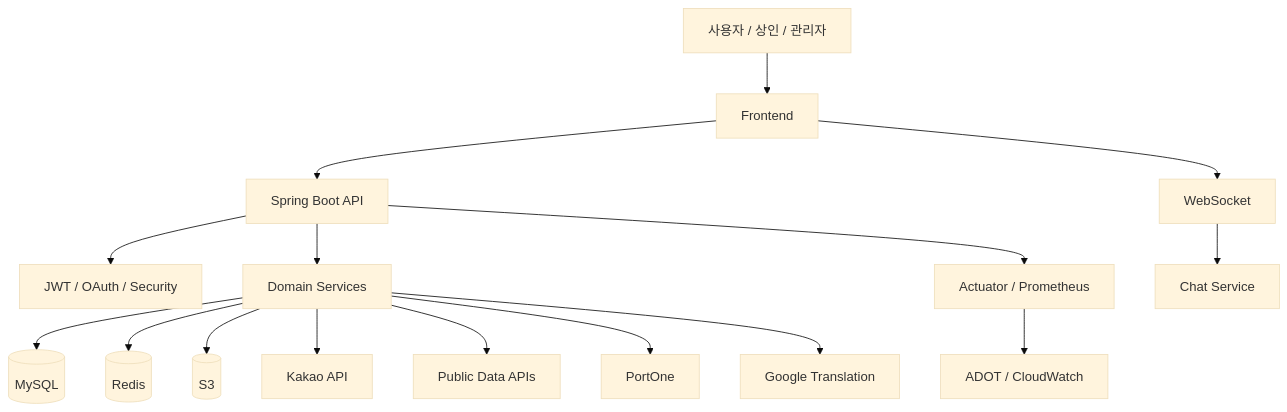
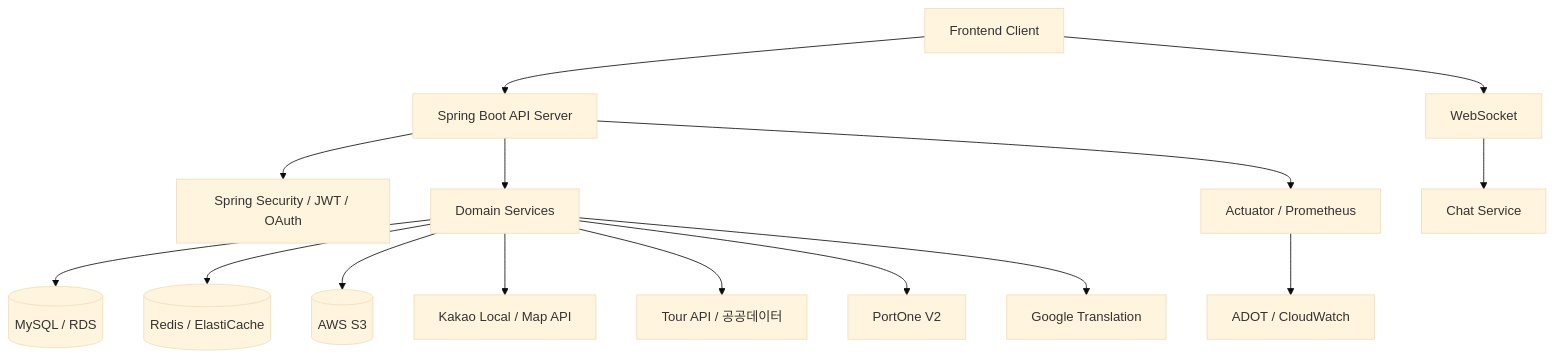
The diagram in profile/README.md (chunbae-tour/.github), drawn with Mermaid (base theme) before and after one commit. The commit also changed other lines of this file and 3 other files, not shown here.

````diff
--- a/profile/README.md
+++ b/profile/README.md
@@ -169,22 +70,21 @@
 ```mermaid
 flowchart TB
-    User[사용자 / 상인 / 관리자] --> Client[Frontend]
-    Client --> API[Spring Boot API]
+    Client[Frontend Client] --> API[Spring Boot API Server]
     Client --> WS[WebSocket]
 
-    API --> Auth[JWT / OAuth / Security]
+    API --> Security[Spring Security / JWT / OAuth]
     API --> Domain[Domain Services]
     WS --> Chat[Chat Service]
 
-    Domain --> DB[(MySQL)]
-    Domain --> Redis[(Redis)]
-    Domain --> S3[(S3)]
+    Domain --> MySQL[(MySQL / RDS)]
+    Domain --> Redis[(Redis / ElastiCache)]
+    Domain --> S3[(AWS S3)]
 
-    Domain --> Kakao[Kakao API]
-    Domain --> Public[Public Data APIs]
-    Domain --> Payment[PortOne]
+    Domain --> Kakao[Kakao Local / Map API]
+    Domain --> PublicData[Tour API / 공공데이터]
+    Domain --> PortOne[PortOne V2]
     Domain --> Translate[Google Translation]
 
     API --> Metrics[Actuator / Prometheus]
     Metrics --> Ops[ADOT / CloudWatch]
 ```
````
